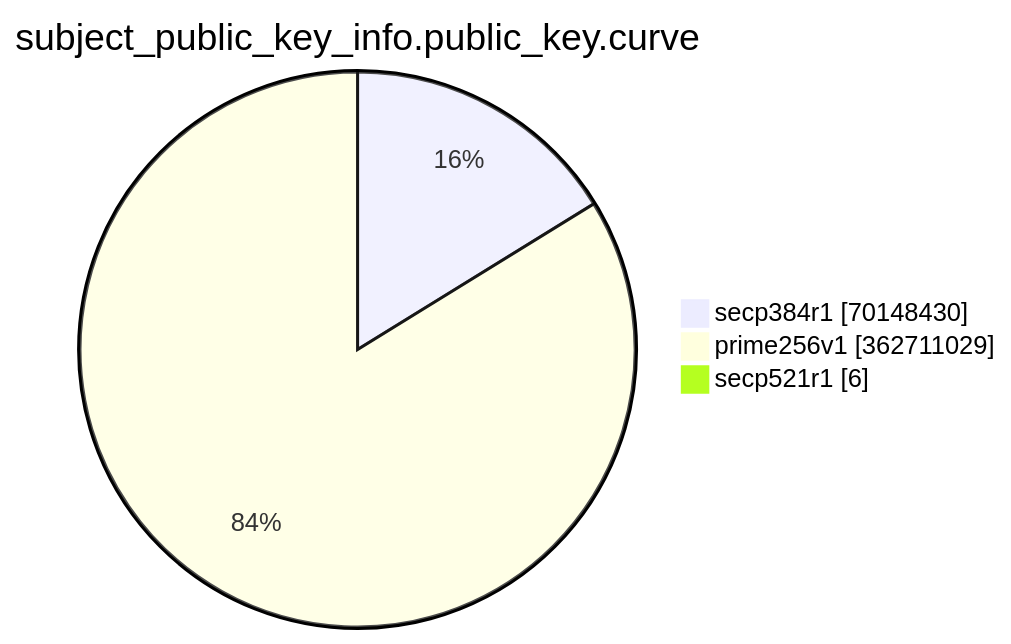
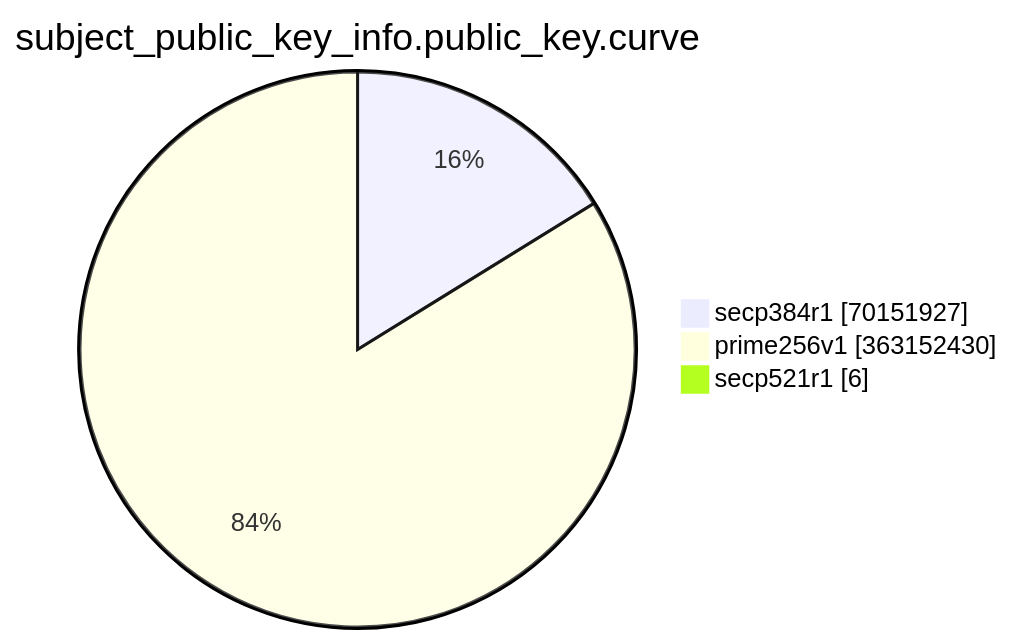
The eighth of 15 diagrams in TOTAL/README.md (christiankrug/ctmonitor_visualization), drawn with Mermaid before and after one commit. The commit also changed other lines of this file, not shown here.

````diff
--- a/TOTAL/README.md
+++ b/TOTAL/README.md
@@ -3086,7 +3088,7 @@
 ```mermaid
 pie showData
 title subject_public_key_info.public_key.curve
-"secp384r1" :70148430
-"prime256v1" :362711029
+"secp384r1" :70151927
+"prime256v1" :363152430
 "secp521r1" :6
 ```
````
